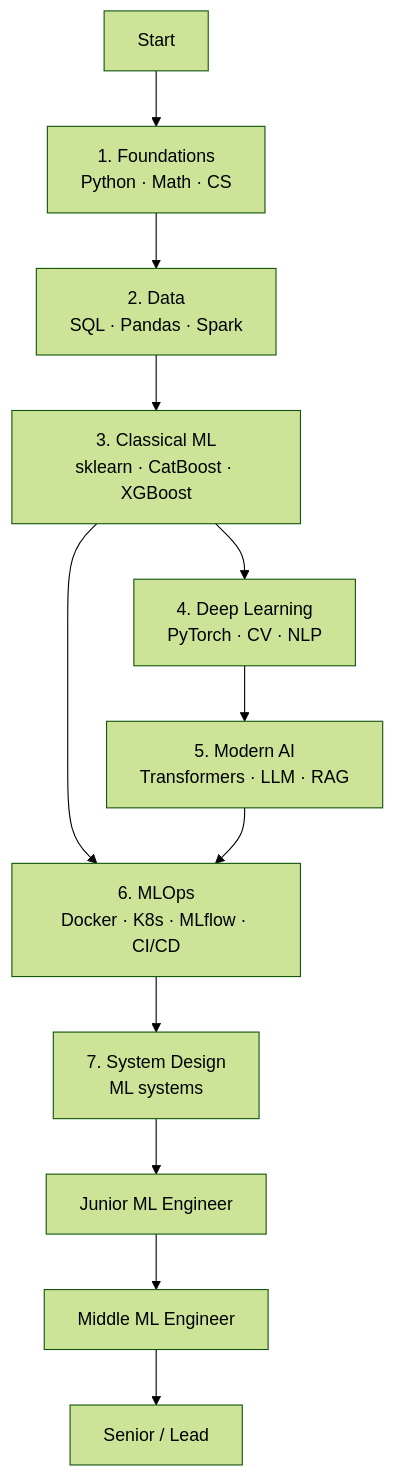
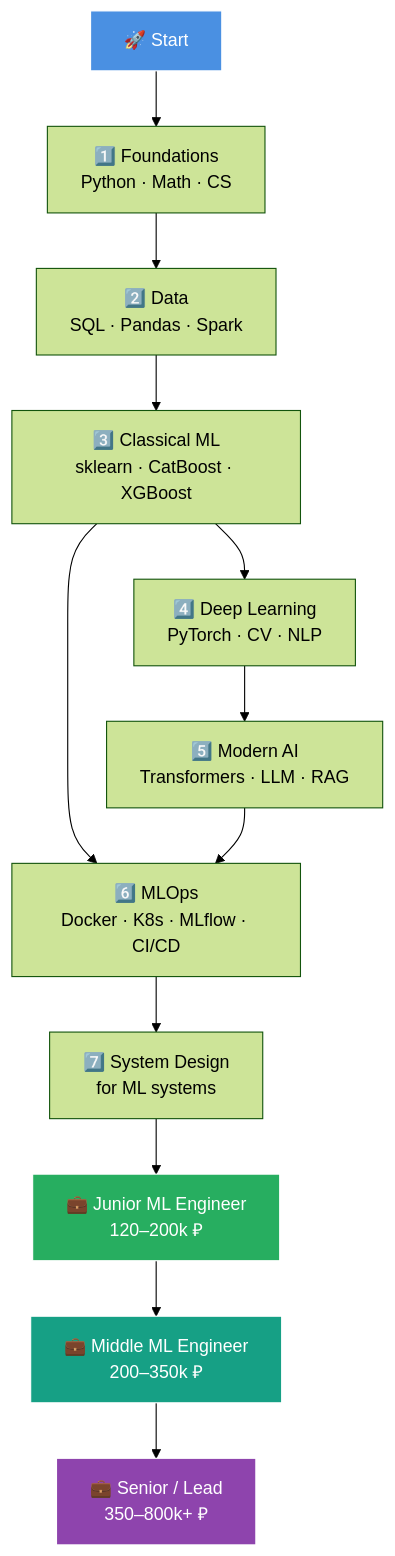
Before and after one commit to BladeStranger04/ml-engineer-roadmap: the first of 2 diagrams in README.md, drawn with Mermaid (forest theme). The commit also changed other lines of this file and 11 other files, not shown here.

Commit message:
update english roadmap docs

````diff
--- a/README.md
+++ b/README.md
@@ -33,14 +34,19 @@
 ```mermaid
 flowchart TD
-    A[Start] --> B[1. Foundations<br/>Python · Math · CS]
-    B --> C[2. Data<br/>SQL · Pandas · Spark]
-    C --> D[3. Classical ML<br/>sklearn · CatBoost · XGBoost]
-    D --> E[4. Deep Learning<br/>PyTorch · CV · NLP]
-    E --> F[5. Modern AI<br/>Transformers · LLM · RAG]
-    D --> G[6. MLOps<br/>Docker · K8s · MLflow · CI/CD]
+    A[🚀 Start] --> B[1️⃣ Foundations<br/>Python · Math · CS]
+    B --> C[2️⃣ Data<br/>SQL · Pandas · Spark]
+    C --> D[3️⃣ Classical ML<br/>sklearn · CatBoost · XGBoost]
+    D --> E[4️⃣ Deep Learning<br/>PyTorch · CV · NLP]
+    E --> F[5️⃣ Modern AI<br/>Transformers · LLM · RAG]
+    D --> G[6️⃣ MLOps<br/>Docker · K8s · MLflow · CI/CD]
     F --> G
-    G --> H[7. System Design<br/>ML systems]
-    H --> I[Junior ML Engineer]
-    I --> J[Middle ML Engineer]
-    J --> K[Senior / Lead]
+    G --> H[7️⃣ System Design<br/>for ML systems]
+    H --> I[💼 Junior ML Engineer<br/>120–200k ₽]
+    I --> J[💼 Middle ML Engineer<br/>200–350k ₽]
+    J --> K[💼 Senior / Lead<br/>350–800k+ ₽]
+
+    style A fill:#4A90E2,stroke:#fff,color:#fff
+    style I fill:#27AE60,stroke:#fff,color:#fff
+    style J fill:#16A085,stroke:#fff,color:#fff
+    style K fill:#8E44AD,stroke:#fff,color:#fff
 ```
````
